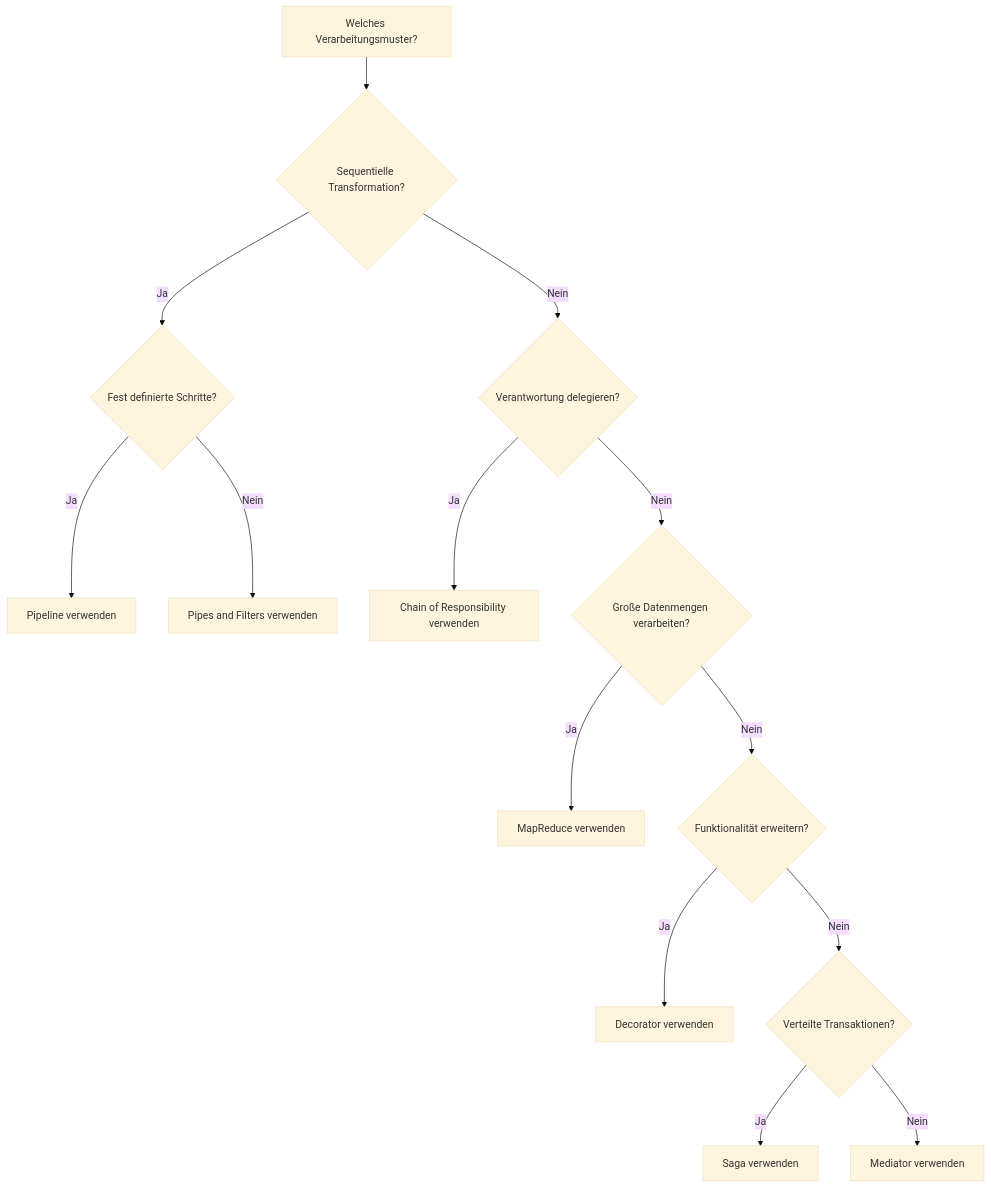
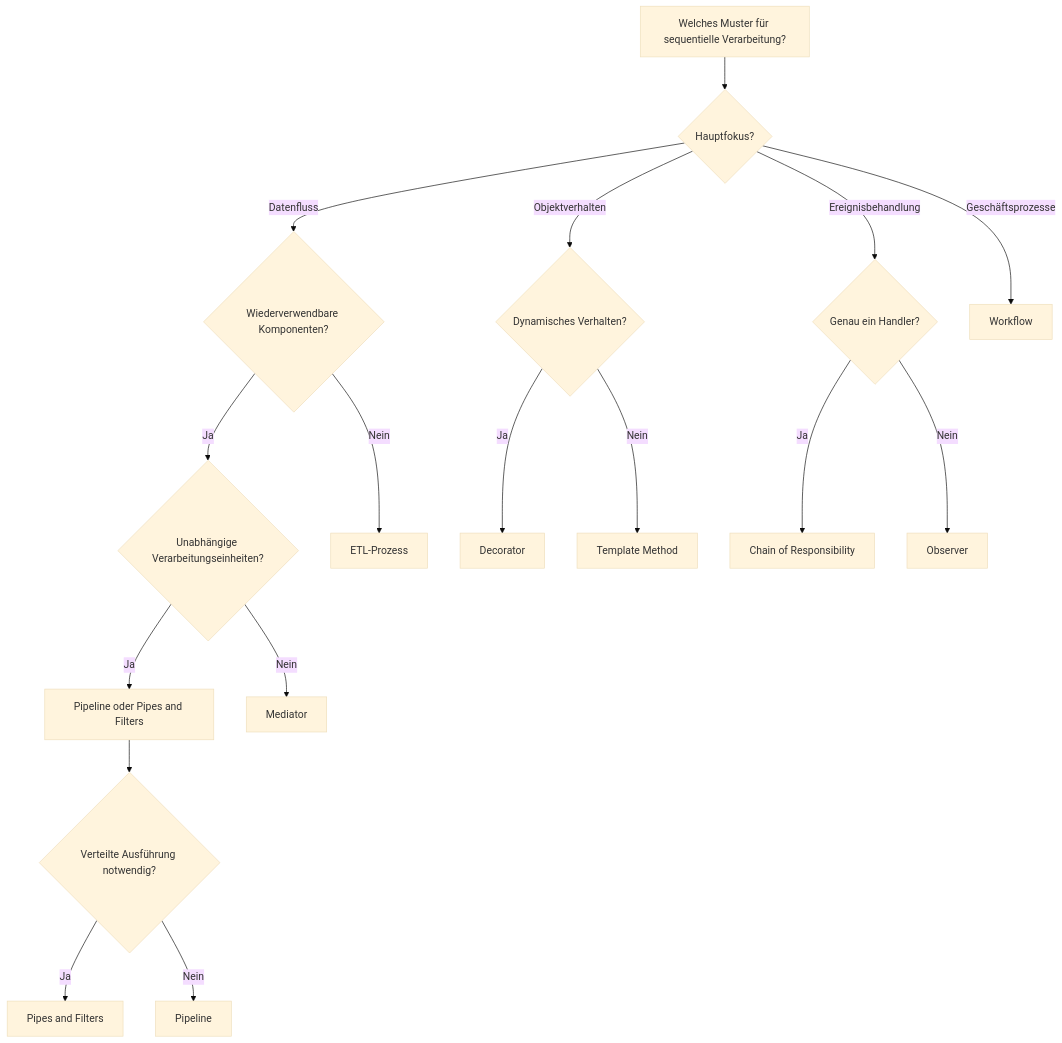
Before and after one commit to scimbe/VS_Pattern_By_KI: the second of 13 diagrams in Pipeline/docs/PATTERNS_COMPARISON.md, drawn with Mermaid (base theme). The commit also changed other lines of this file and 19 other files, not shown here.

````diff
--- a/Pipeline/docs/PATTERNS_COMPARISON.md
+++ b/Pipeline/docs/PATTERNS_COMPARISON.md
@@ -28,21 +28,25 @@
 ```mermaid
 graph TD
-    A[Welches Verarbeitungsmuster?] --> B{Sequentielle Transformation?}
-    B -->|Ja| C{Fest definierte Schritte?}
-    B -->|Nein| D{Verantwortung delegieren?}
+    A[Welches Muster für sequentielle Verarbeitung?] --> B{Hauptfokus?}
     
-    C -->|Ja| E[Pipeline verwenden]
-    C -->|Nein| F[Pipes and Filters verwenden]
+    B -->|Datenfluss| C{Wiederverwendbare Komponenten?}
+    B -->|Objektverhalten| D{Dynamisches Verhalten?}
+    B -->|Ereignisbehandlung| E{Genau ein Handler?}
+    B -->|Geschäftsprozesse| F[Workflow]
     
-    D -->|Ja| G[Chain of Responsibility verwenden]
-    D -->|Nein| H{Große Datenmengen verarbeiten?}
+    C -->|Ja| G{Unabhängige Verarbeitungseinheiten?}
+    C -->|Nein| H[ETL-Prozess]
     
-    H -->|Ja| I[MapReduce verwenden]
-    H -->|Nein| J{Funktionalität erweitern?}
+    D -->|Ja| I[Decorator]
+    D -->|Nein| J[Template Method]
     
-    J -->|Ja| K[Decorator verwenden]
-    J -->|Nein| L{Verteilte Transaktionen?}
+    E -->|Ja| K[Chain of Responsibility]
+    E -->|Nein| L[Observer]
     
-    L -->|Ja| M[Saga verwenden]
-    L -->|Nein| N[Mediator verwenden]
+    G -->|Ja| M[Pipeline oder Pipes and Filters]
+    G -->|Nein| N[Mediator]
+    
+    M --> O{Verteilte Ausführung notwendig?}
+    O -->|Ja| P[Pipes and Filters]
+    O -->|Nein| Q[Pipeline]
 ```
````
